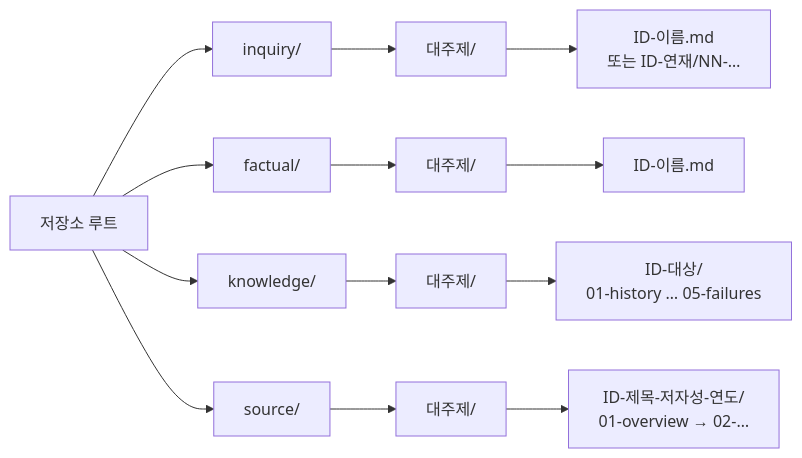
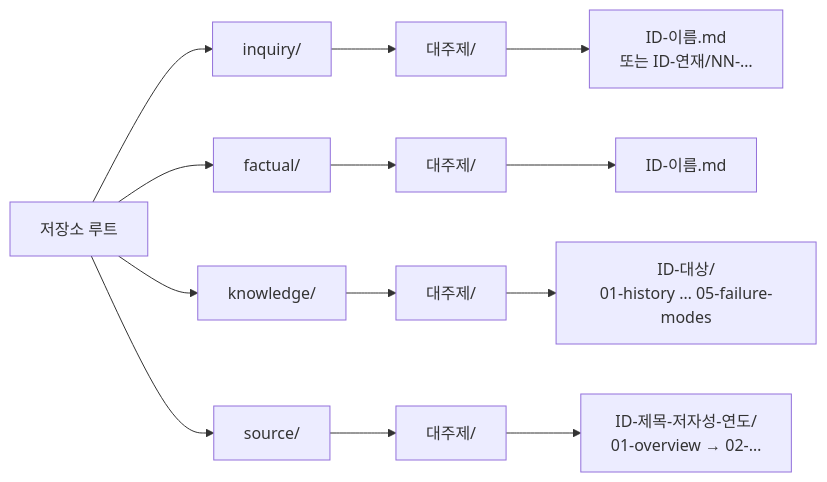
The first of 3 diagrams in ARCHITECTURE.md (gunhaa/QnA), drawn with Mermaid before and after one commit. The commit also changed other lines of this file and 2 other files, not shown here.

Commit message:
docs: knowledge 05 문서를 05-failure-modes(장애 유형)로 바꾸고 장애 용어 정리

````diff
--- a/ARCHITECTURE.md
+++ b/ARCHITECTURE.md
@@ -29,8 +29,8 @@
 ```mermaid
 flowchart LR
     root["저장소 루트"] --> q["inquiry/"] & f["factual/"] & k["knowledge/"] & s["source/"]
     q --> qm["대주제/"] --> qf["ID-이름.md<br/>또는 ID-연재/NN-…"]
     f --> fm["대주제/"] --> ff["ID-이름.md"]
-    k --> km["대주제/"] --> kt["ID-대상/<br/>01-history … 05-failures"]
+    k --> km["대주제/"] --> kt["ID-대상/<br/>01-history … 05-failure-modes"]
     s --> sm["대주제/"] --> sw["ID-제목-저자성-연도/<br/>01-overview → 02-…"]
 ```
````
